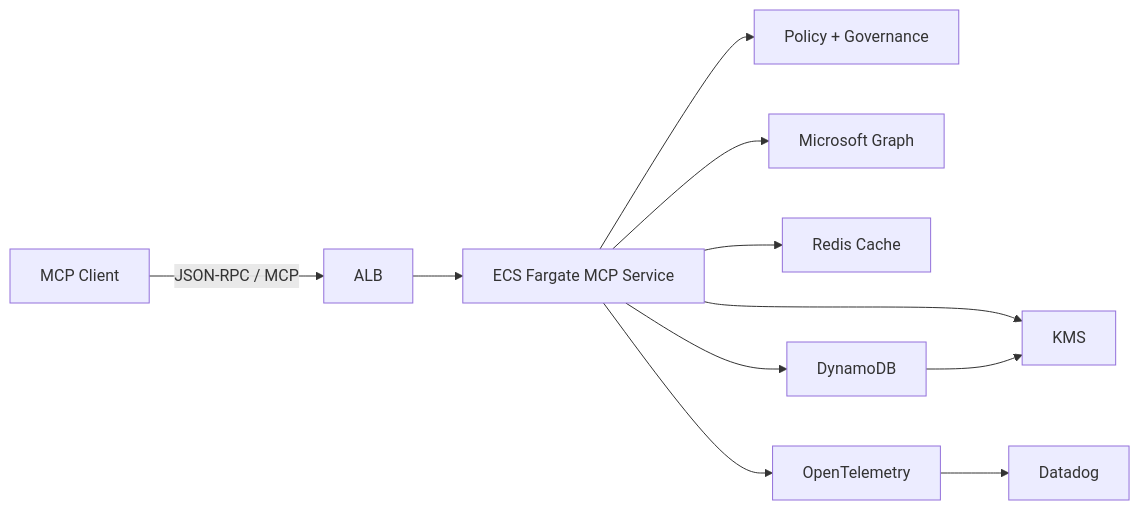
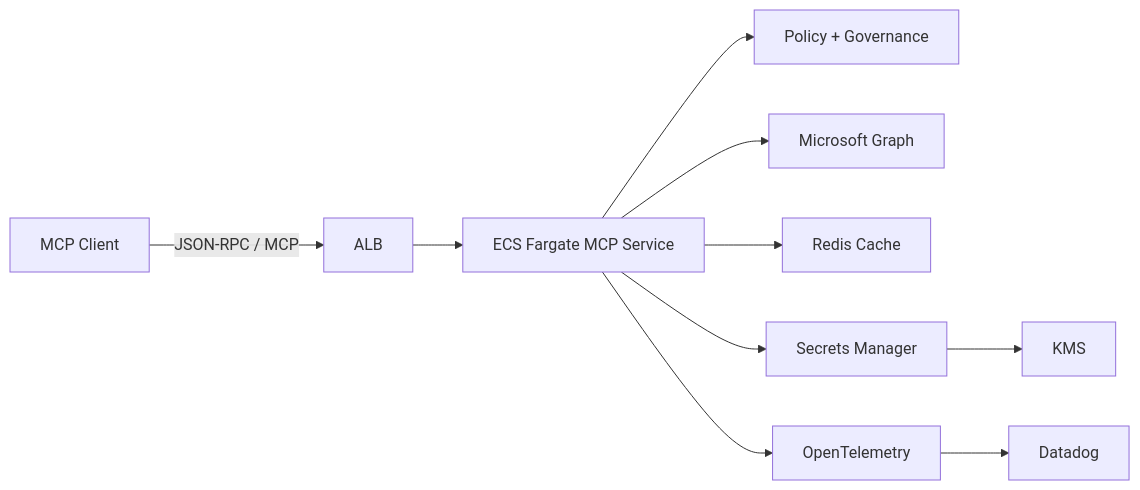
One commit to suman724/msgraph-mcp changed the first of 2 diagrams in design/architecture.md. Above: the diagram before and after it, drawn with Mermaid. The commit also changed other lines of this file and 25 other files, not shown here.

````diff
--- a/design/architecture.md
+++ b/design/architecture.md
@@ -85,13 +84,12 @@
 ```mermaid
 flowchart LR
   Client[MCP Client] -->|JSON-RPC / MCP| ALB[ALB]
   ALB --> ECS[ECS Fargate MCP Service]
   ECS --> Policy[Policy + Governance]
   ECS --> Graph[Microsoft Graph]
   ECS --> Redis[Redis Cache]
-  ECS --> DDB[DynamoDB]
-  ECS --> KMS[KMS]
-  DDB --> KMS
+  ECS --> Secrets[Secrets Manager]
+  Secrets --> KMS[KMS]
   ECS --> OTel[OpenTelemetry]
   OTel --> DD[Datadog]
 ```
````
